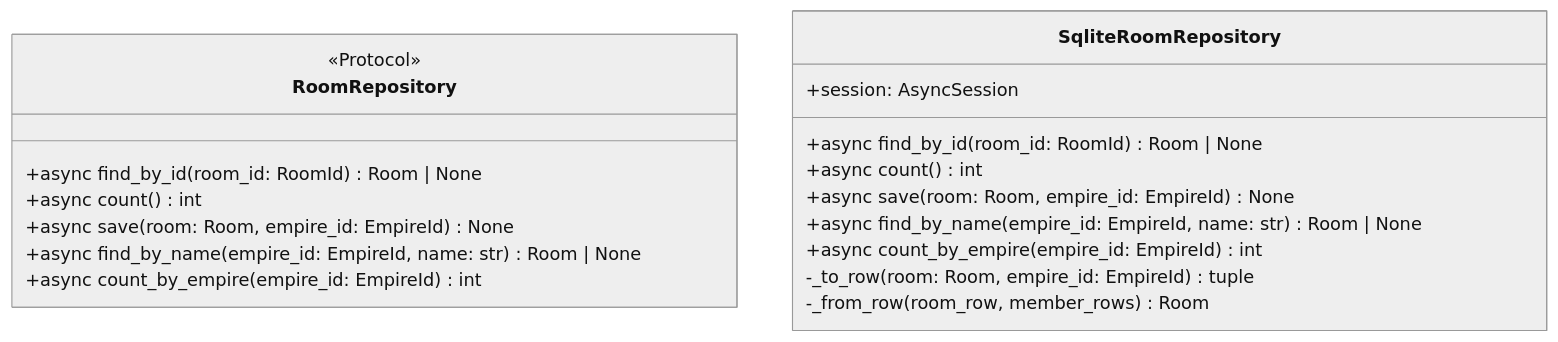
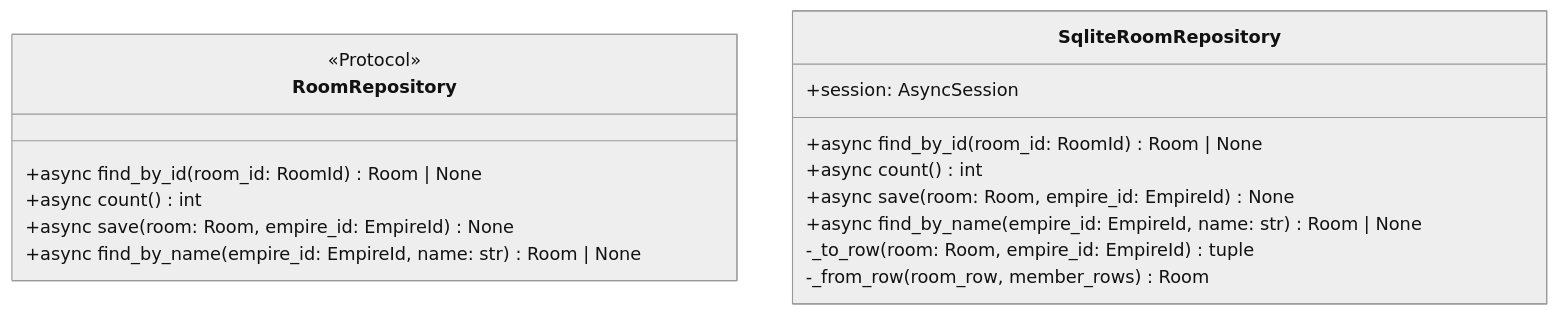
Before and after one commit to bakufu-dev/bakufu: the diagram in docs/features/room-repository/detailed-design.md, drawn with Mermaid (neutral theme). The commit also changed other lines of this file and 6 other files, not shown here.

````diff
--- a/docs/features/room-repository/detailed-design.md
+++ b/docs/features/room-repository/detailed-design.md
@@ -14,21 +14,19 @@
 ```mermaid
 classDiagram
     class RoomRepository {
         <<Protocol>>
         +async find_by_id(room_id: RoomId) Room | None
         +async count() int
         +async save(room: Room, empire_id: EmpireId) None
         +async find_by_name(empire_id: EmpireId, name: str) Room | None
-        +async count_by_empire(empire_id: EmpireId) int
     }
     class SqliteRoomRepository {
         +session: AsyncSession
         +async find_by_id(room_id: RoomId) Room | None
         +async count() int
         +async save(room: Room, empire_id: EmpireId) None
         +async find_by_name(empire_id: EmpireId, name: str) Room | None
-        +async count_by_empire(empire_id: EmpireId) int
         -_to_row(room: Room, empire_id: EmpireId) tuple
         -_from_row(room_row, member_rows) Room
     }
 ```
````
